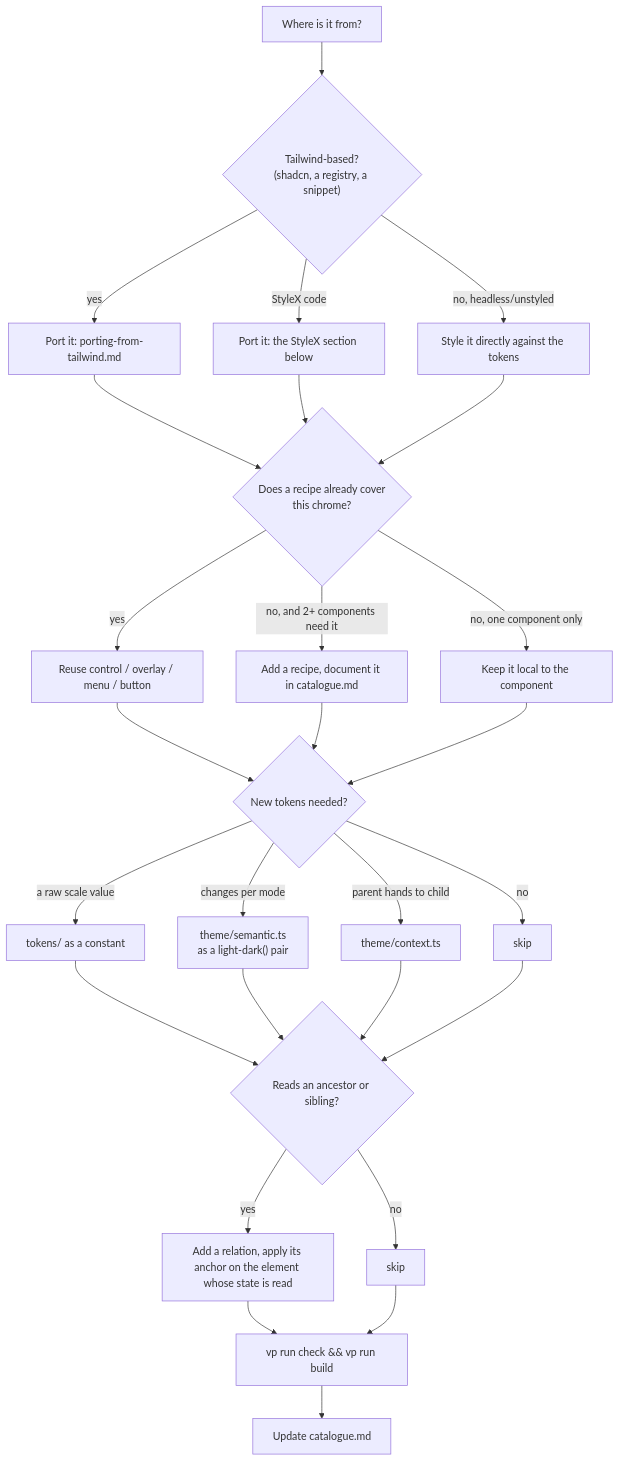
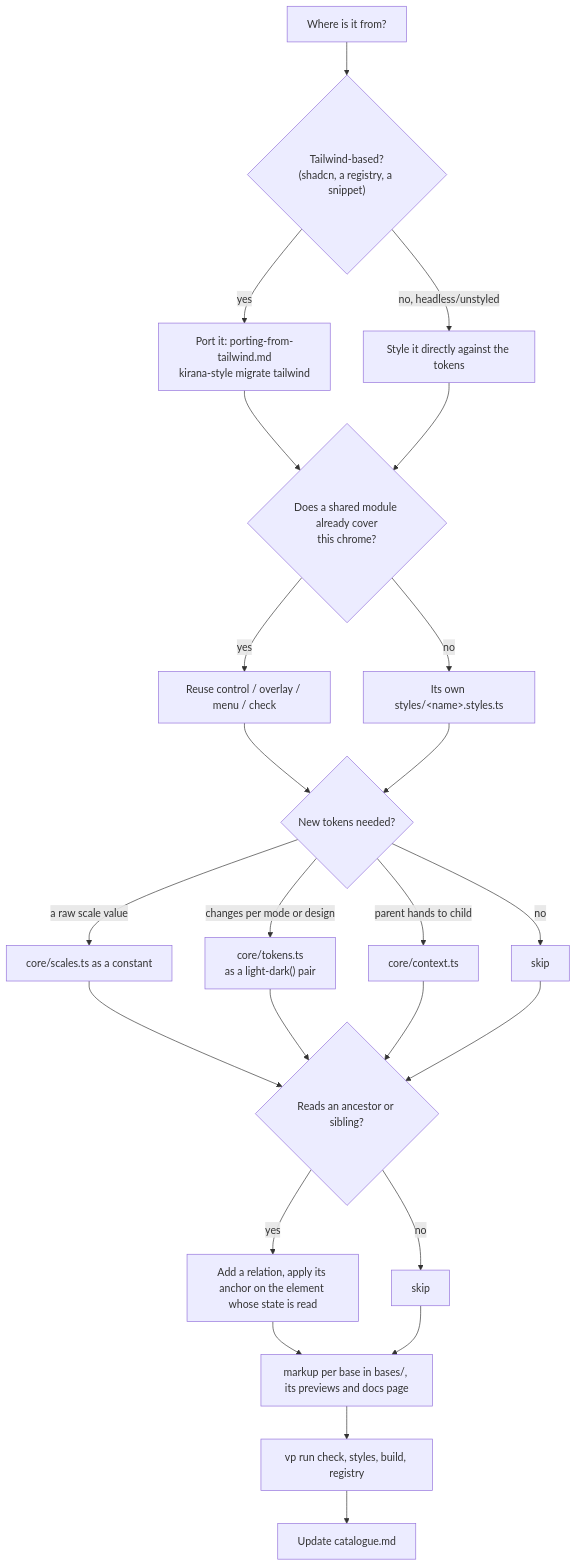
The first of 4 diagrams in docs/workflows.md (kirana-style/kirana-ui), drawn with Mermaid before and after one commit. The commit also changed other lines of this file and 677 other files, not shown here.

````diff
--- a/docs/workflows.md
+++ b/docs/workflows.md
@@ -5,21 +5,20 @@
 ```mermaid
 flowchart TD
     A["Where is it from?"] --> B{"Tailwind-based?<br/>(shadcn, a registry, a snippet)"}
-    B -->|yes| C["Port it: porting-from-tailwind.md"]
-    B -->|"StyleX code"| S["Port it: the StyleX section below"]
+    B -->|yes| C["Port it: porting-from-tailwind.md<br/>kirana-style migrate tailwind"]
     B -->|no, headless/unstyled| D["Style it directly against the tokens"]
-    C & S & D --> E{"Does a recipe already cover<br/>this chrome?"}
-    E -->|yes| F["Reuse control / overlay / menu / button"]
-    E -->|no, and 2+ components need it| G["Add a recipe, document it in catalogue.md"]
-    E -->|no, one component only| H["Keep it local to the component"]
-    F & G & H --> I{"New tokens needed?"}
-    I -->|"a raw scale value"| J["tokens/ as a constant"]
-    I -->|"changes per mode"| K["theme/semantic.ts<br/>as a light-dark() pair"]
-    I -->|"parent hands to child"| L["theme/context.ts"]
+    C & D --> E{"Does a shared module already cover<br/>this chrome?"}
+    E -->|yes| F["Reuse control / overlay / menu / check"]
+    E -->|no| H["Its own styles/&lt;name&gt;.styles.ts"]
+    F & H --> I{"New tokens needed?"}
+    I -->|"a raw scale value"| J["core/scales.ts as a constant"]
+    I -->|"changes per mode or design"| K["core/tokens.ts<br/>as a light-dark() pair"]
+    I -->|"parent hands to child"| L["core/context.ts"]
     I -->|no| M["skip"]
     J & K & L & M --> N{"Reads an ancestor or sibling?"}
     N -->|yes| O["Add a relation, apply its anchor on the element whose state is read"]
     N -->|no| P["skip"]
-    O & P --> Q["vp run check && vp run build"]
-    Q --> R["Update catalogue.md"]
+    O & P --> Q["markup per base in bases/, its previews and docs page"]
+    Q --> R["vp run check, styles, build, registry"]
+    R --> S["Update catalogue.md"]
 ```
````
